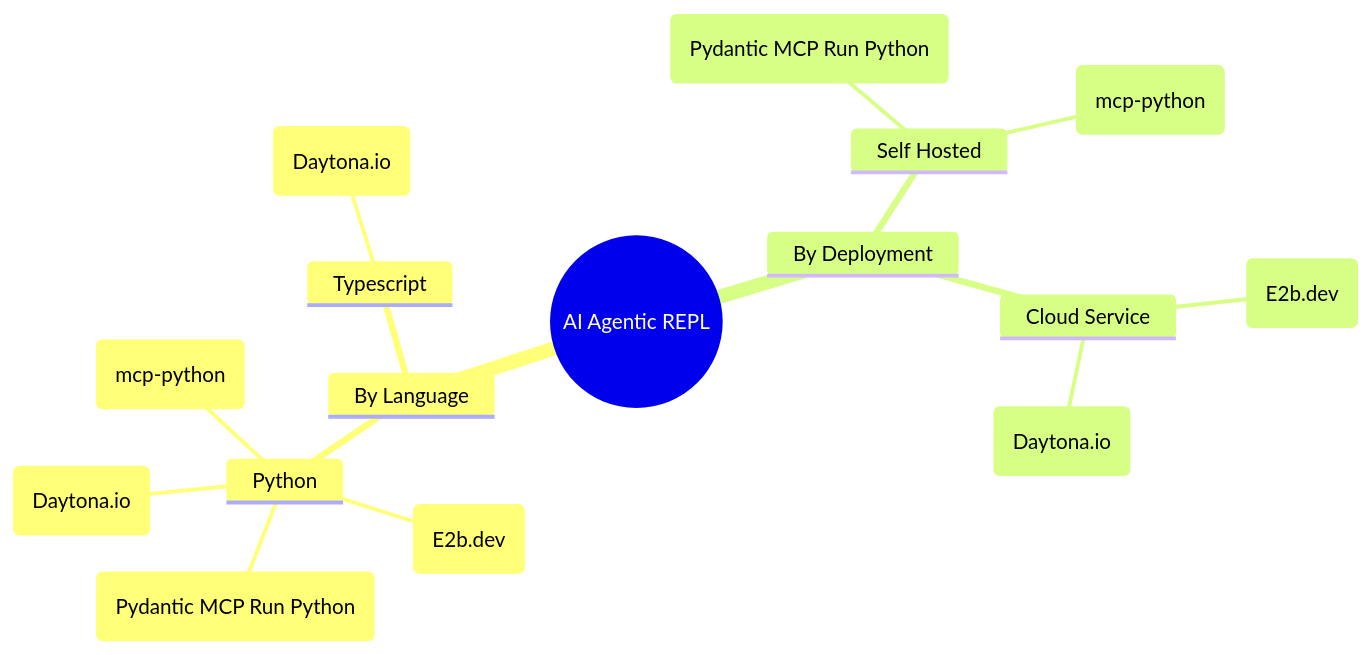
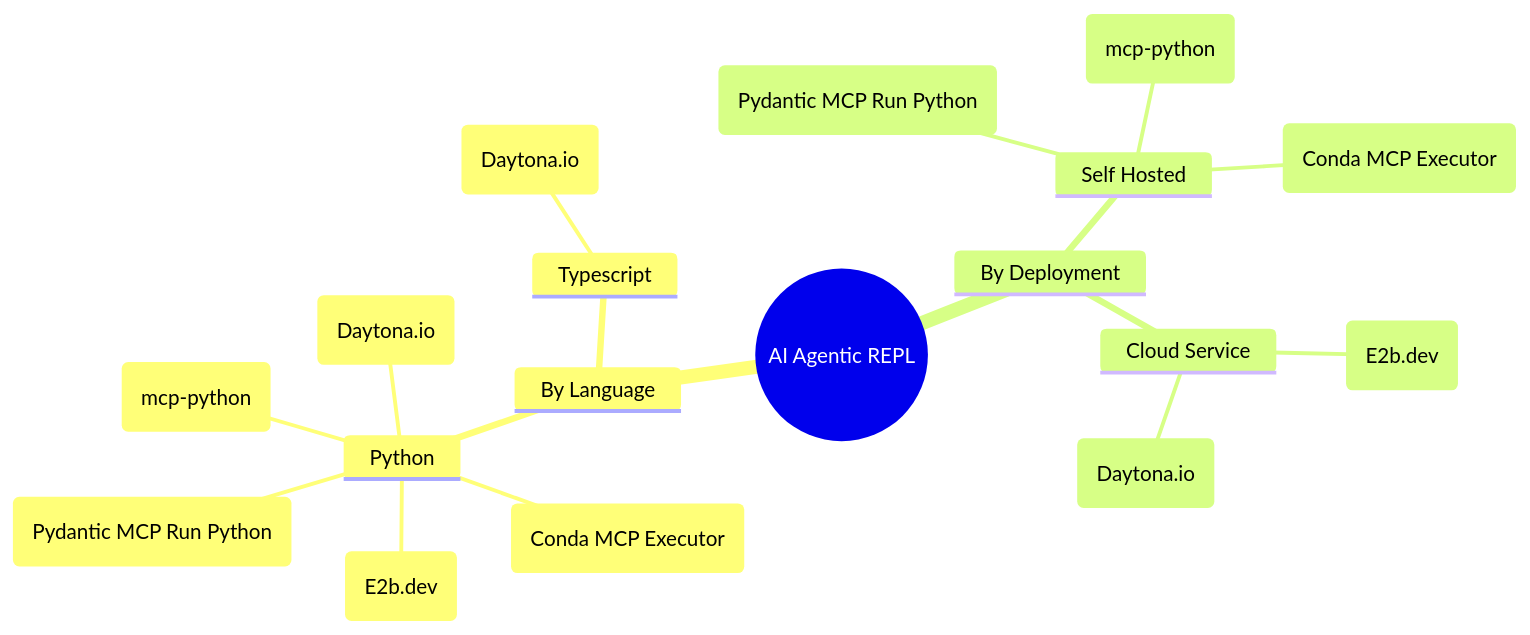
Before and after one commit to semaverse/agentic-codesandboxes: the diagram in README.md, drawn with Mermaid. The commit also changed other lines of this file, not shown here.

````diff
--- a/README.md
+++ b/README.md
@@ -5,20 +5,22 @@
 ```mermaid
 mindmap
   root((AI Agentic REPL))
     By Language
       Python
         ("Pydantic MCP Run Python")
         (E2b.dev)
         (Daytona.io)
         (mcp-python)
+        (Conda MCP Executor)
       Typescript
         (Daytona.io)
           
     By Deployment
       Self Hosted
          ("Pydantic MCP Run Python")
          (mcp-python)
+         (Conda MCP Executor)
       Cloud Service
          (E2b.dev)
          (Daytona.io)
 ```
````
